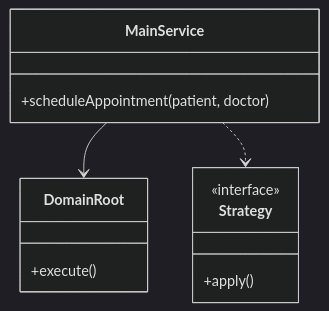
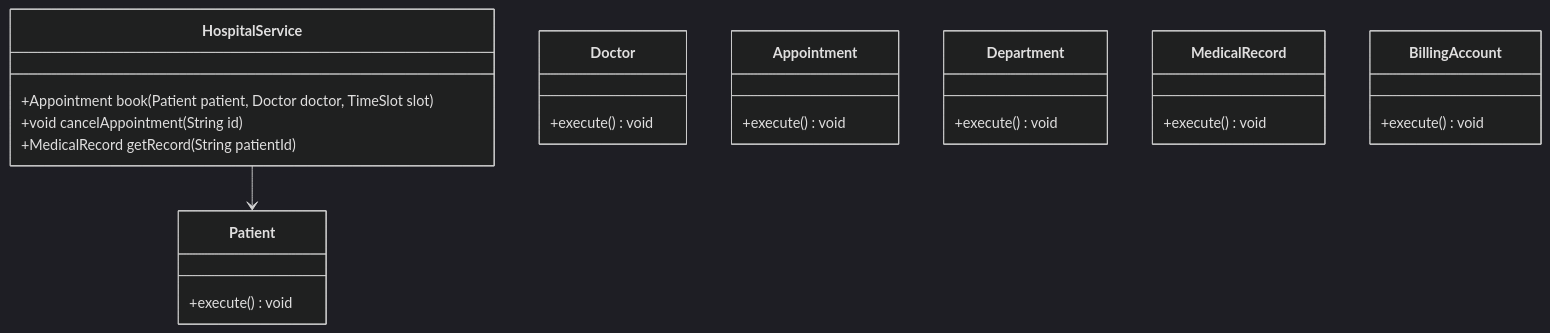
The first of 3 diagrams in Learn/System Design - Low Level Design/02-classic-ood/questions/Q35-hospital-management.md (madhupaila/Interview-Prep-SSE), drawn with Mermaid (dark theme) before and after one commit. The commit also changed other lines of this file and 491 other files, not shown here.

````diff
--- a/Learn/System Design - Low Level Design/02-classic-ood/questions/Q35-hospital-management.md
+++ b/Learn/System Design - Low Level Design/02-classic-ood/questions/Q35-hospital-management.md
@@ -75,15 +93,27 @@
 ```mermaid
 classDiagram
-    class MainService {
-        +scheduleAppointment(patient, doctor)
+    class HospitalService {
+        +Appointment book(Patient patient, Doctor doctor, TimeSlot slot)
+        +void cancelAppointment(String id)
+        +MedicalRecord getRecord(String patientId)
     }
-    class DomainRoot {
-        +execute()
+    class Patient {
+        +execute() void
     }
-    class Strategy {
-        <<interface>>
-        +apply()
+    class Doctor {
+        +execute() void
     }
-    MainService --> DomainRoot
-    MainService ..> Strategy
+    class Appointment {
+        +execute() void
+    }
+    class Department {
+        +execute() void
+    }
+    class MedicalRecord {
+        +execute() void
+    }
+    class BillingAccount {
+        +execute() void
+    }
+    HospitalService --> Patient
 ```
````
